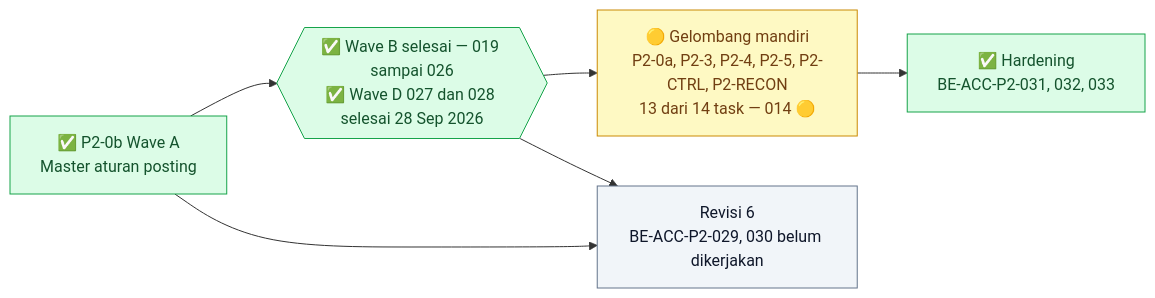
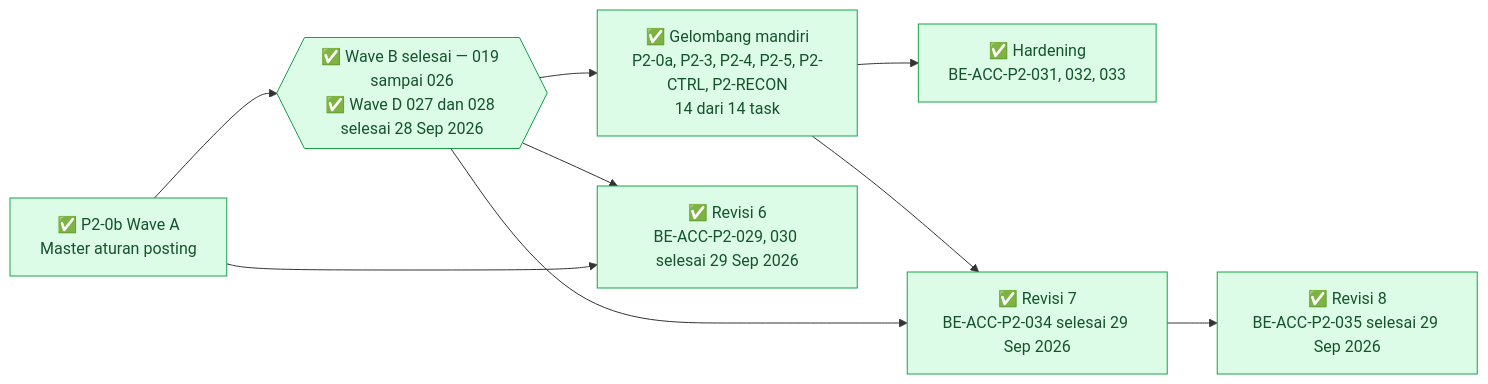
One commit to DevBenari/NewQuilvianSystemBackend changed the first of 7 diagrams in docs/module-blueprints/accounting/roadmap/backend-roadmap-phase2.md. Above: the diagram before and after it, drawn with Mermaid. The commit also changed other lines of this file and 34 other files, not shown here.

````diff
--- a/docs/module-blueprints/accounting/roadmap/backend-roadmap-phase2.md
+++ b/docs/module-blueprints/accounting/roadmap/backend-roadmap-phase2.md
@@ -45,20 +47,25 @@
 ```mermaid
 flowchart LR
     classDef selesai fill:#DCFCE7,stroke:#16A34A,color:#14532D
     classDef sebagian fill:#FEF9C3,stroke:#CA8A04,color:#713F12
     classDef terblokir fill:#FEE2E2,stroke:#DC2626,color:#7F1D1D
     classDef belum fill:#F1F5F9,stroke:#64748B,color:#0F172A
     classDef luar fill:#EDE9FE,stroke:#7C3AED,color:#3B0764
 
-    SMANDIRI["🟡 Gelombang mandiri<br/>P2-0a, P2-3, P2-4, P2-5, P2-CTRL, P2-RECON<br/>13 dari 14 task — 014 🟡"]:::sebagian
+    SMANDIRI["✅ Gelombang mandiri<br/>P2-0a, P2-3, P2-4, P2-5, P2-CTRL, P2-RECON<br/>14 dari 14 task"]:::selesai
     SHARD["✅ Hardening<br/>BE-ACC-P2-031, 032, 033"]:::selesai
     SP20B["✅ P2-0b Wave A<br/>Master aturan posting"]:::selesai
     GP21{{"✅ Wave B selesai — 019 sampai 026<br/>✅ Wave D 027 dan 028 selesai 28 Sep 2026"}}:::selesai
-    SREV6["Revisi 6<br/>BE-ACC-P2-029, 030 belum dikerjakan"]:::belum
+    SREV6["✅ Revisi 6<br/>BE-ACC-P2-029, 030 selesai 29 Sep 2026"]:::selesai
+    SREV7["✅ Revisi 7<br/>BE-ACC-P2-034 selesai 29 Sep 2026"]:::selesai
+    SREV8["✅ Revisi 8<br/>BE-ACC-P2-035 selesai 29 Sep 2026"]:::selesai
 
     SMANDIRI --> SHARD
     SP20B --> GP21
     GP21 --> SMANDIRI
     GP21 --> SREV6
     SP20B --> SREV6
+    SMANDIRI --> SREV7
+    GP21 --> SREV7
+    SREV7 --> SREV8
 ```
````
